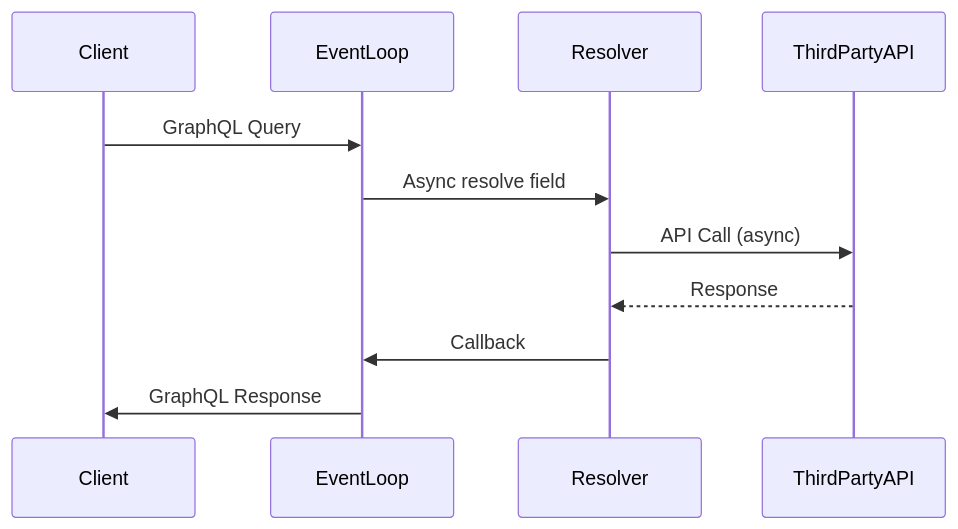
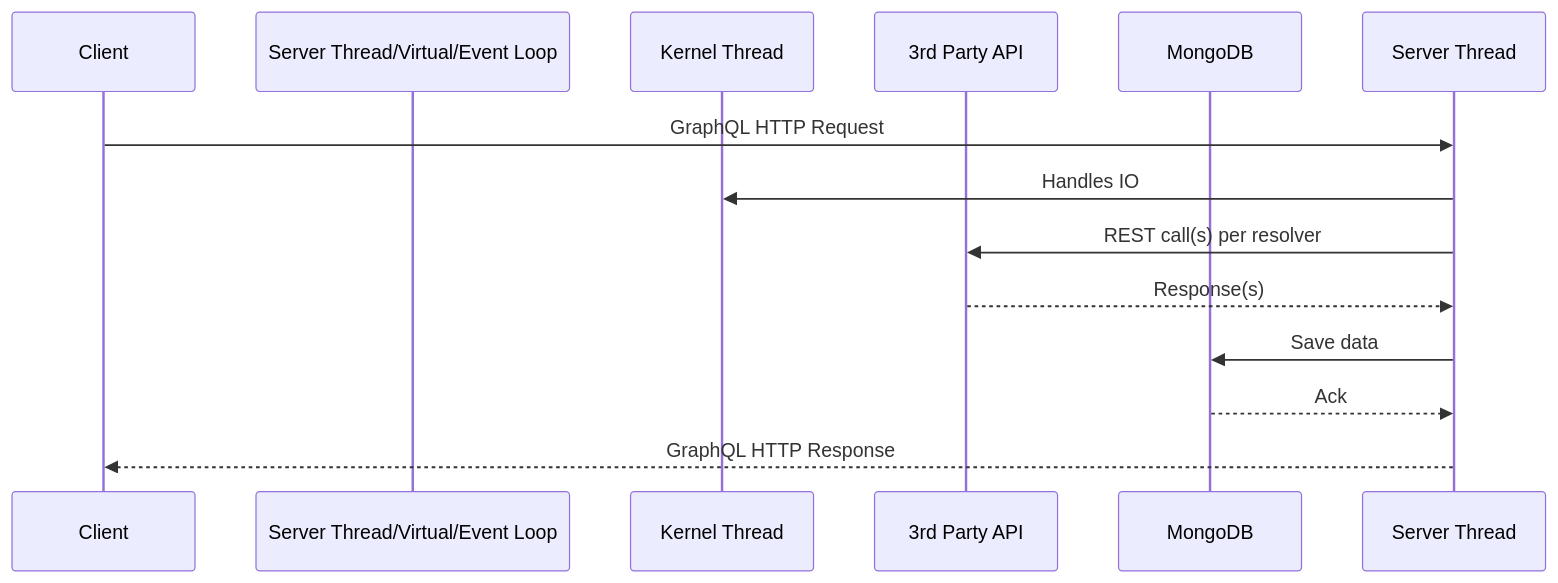
Before and after one commit to sonuprajapati15/Web-frameworks: the seventh of 7 diagrams in README.md, drawn with Mermaid. The commit also changed other lines of this file, not shown here.

````diff
--- a/README.md
+++ b/README.md
@@ -431,14 +571,16 @@
 ```mermaid
 sequenceDiagram
     participant Client
-    participant EventLoop
-    participant Resolver
-    participant ThirdPartyAPI
+    participant Server Thread/Virtual/Event Loop
+    participant Kernel Thread
+    participant 3rd Party API
+    participant MongoDB
 
-    Client->>EventLoop: GraphQL Query
-    EventLoop->>Resolver: Async resolve field
-    Resolver->>ThirdPartyAPI: API Call (async)
-    ThirdPartyAPI-->>Resolver: Response
-    Resolver->>EventLoop: Callback
-    EventLoop->>Client: GraphQL Response
+    Client->>Server Thread: GraphQL HTTP Request
+    Server Thread->>Kernel Thread: Handles IO
+    Server Thread->>3rd Party API: REST call(s) per resolver
+    3rd Party API-->>Server Thread: Response(s)
+    Server Thread->>MongoDB: Save data
+    MongoDB-->>Server Thread: Ack
+    Server Thread-->>Client: GraphQL HTTP Response
 ```
````
